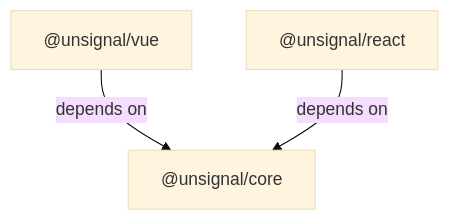
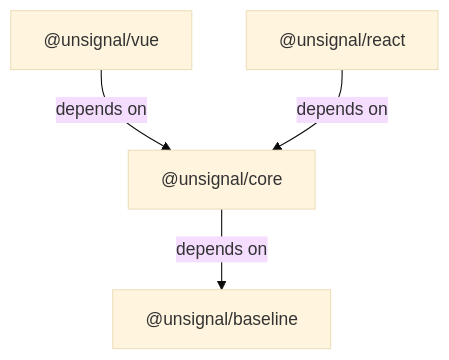
The diagram in AGENTS.md (huang-xiao-jian/unsignal), drawn with Mermaid (base theme) before and after one commit. The commit also changed other lines of this file and 1 other file, not shown here.

````diff
--- a/AGENTS.md
+++ b/AGENTS.md
@@ -40,9 +49,11 @@
 ```mermaid
 graph TD
+    baseline["@unsignal/baseline"]
     core["@unsignal/core"]
     vue["@unsignal/vue"]
     react["@unsignal/react"]
 
+    core -->|depends on| baseline
     vue -->|depends on| core
     react -->|depends on| core
 ```
````
